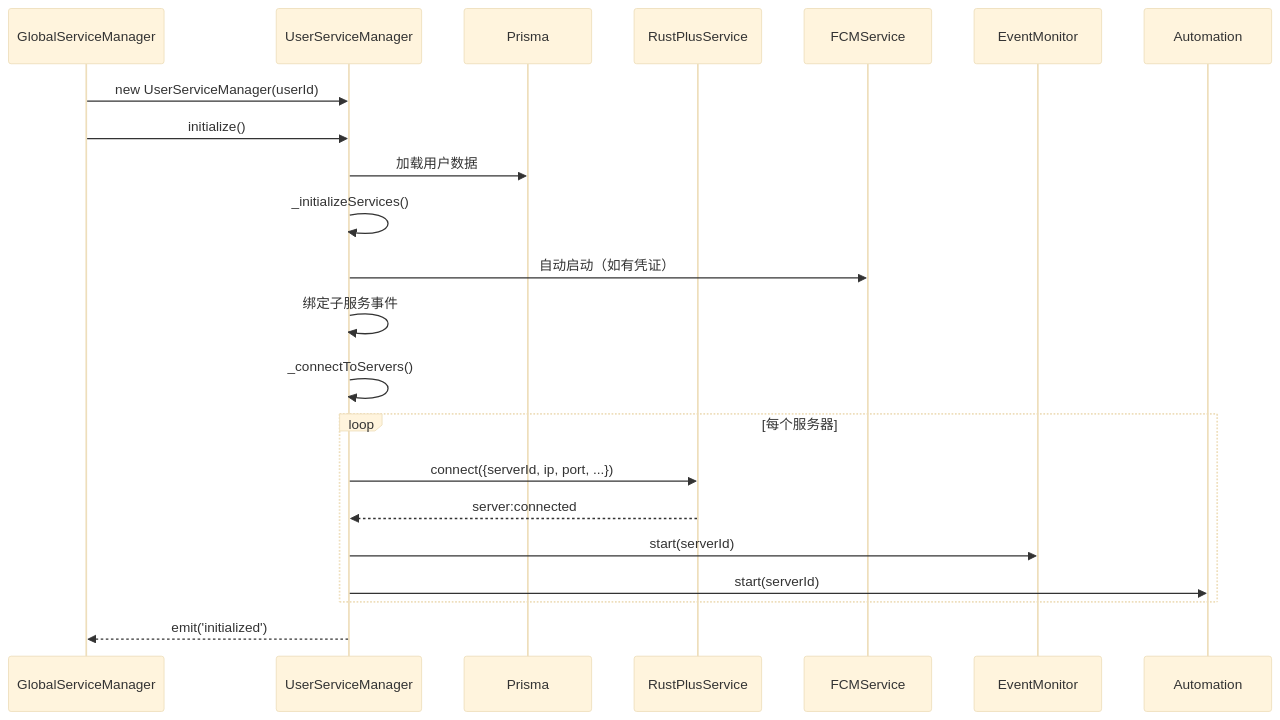
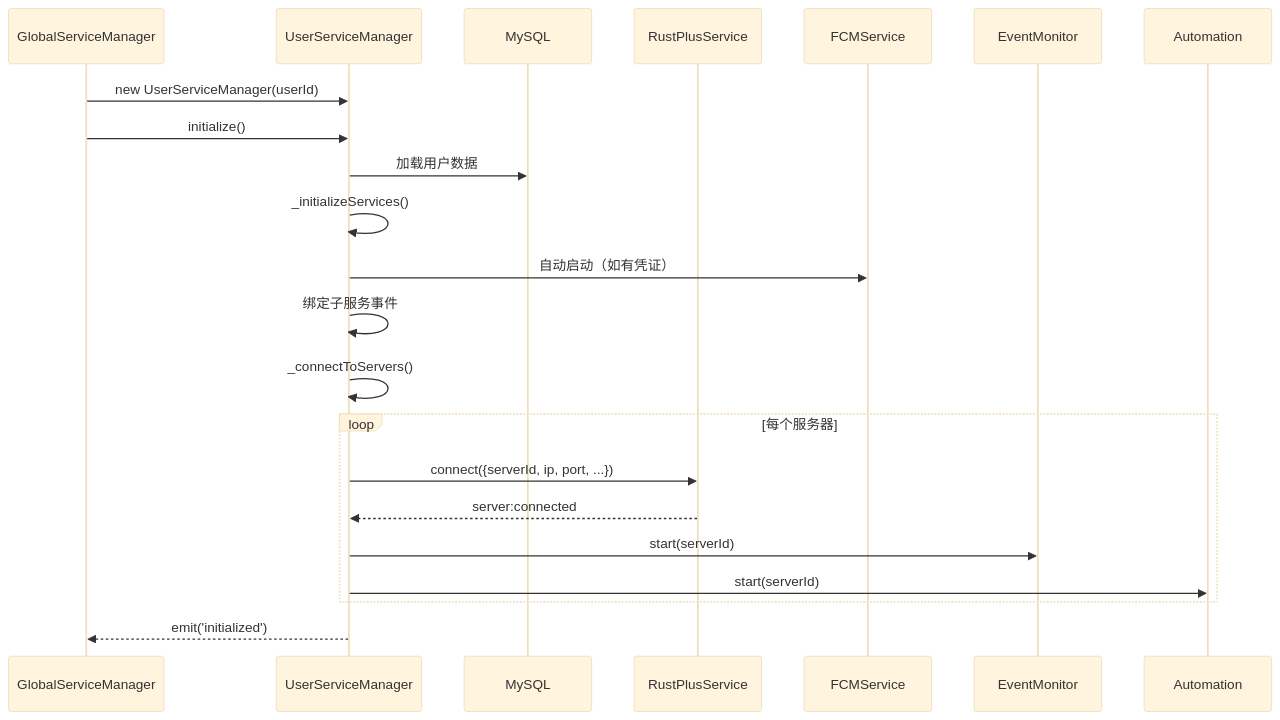
One commit to Ayuan97/rust-bot changed the first of 2 diagrams in docs/modules/user-service-manager.md. Above: the diagram before and after it, drawn with Mermaid (base theme). The commit also changed other lines of this file and 50 other files, not shown here.

````diff
--- a/docs/modules/user-service-manager.md
+++ b/docs/modules/user-service-manager.md
@@ -82,25 +82,25 @@
 ```mermaid
 sequenceDiagram
     participant GSM as GlobalServiceManager
     participant USM as UserServiceManager
-    participant DB as Prisma
+    participant DB as MySQL
     participant RP as RustPlusService
     participant FCM as FCMService
     participant EM as EventMonitor
     participant AUTO as Automation
 
     GSM->>USM: new UserServiceManager(userId)
     GSM->>USM: initialize()
     USM->>DB: 加载用户数据
     USM->>USM: _initializeServices()
     USM->>FCM: 自动启动（如有凭证）
     USM->>USM: 绑定子服务事件
     USM->>USM: _connectToServers()
     loop 每个服务器
         USM->>RP: connect({serverId, ip, port, ...})
         RP-->>USM: server:connected
         USM->>EM: start(serverId)
         USM->>AUTO: start(serverId)
     end
     USM-->>GSM: emit('initialized')
 ```
````
